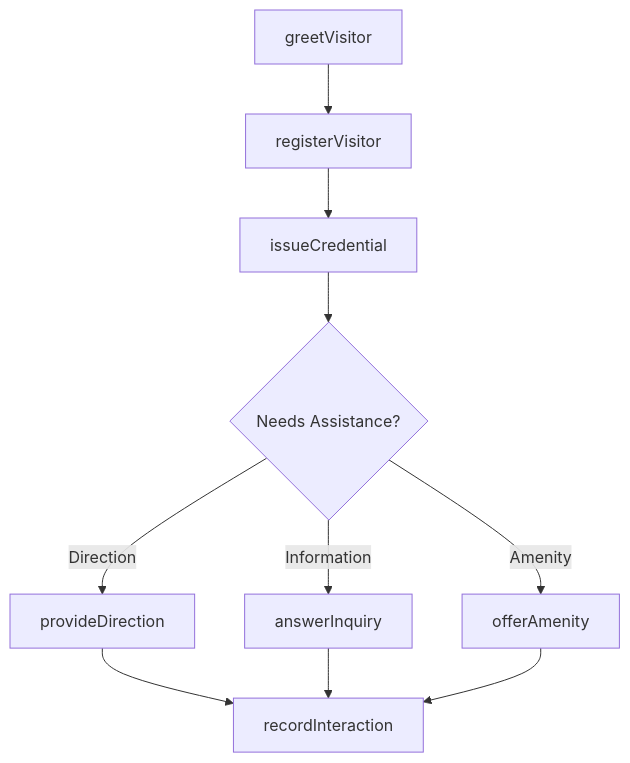
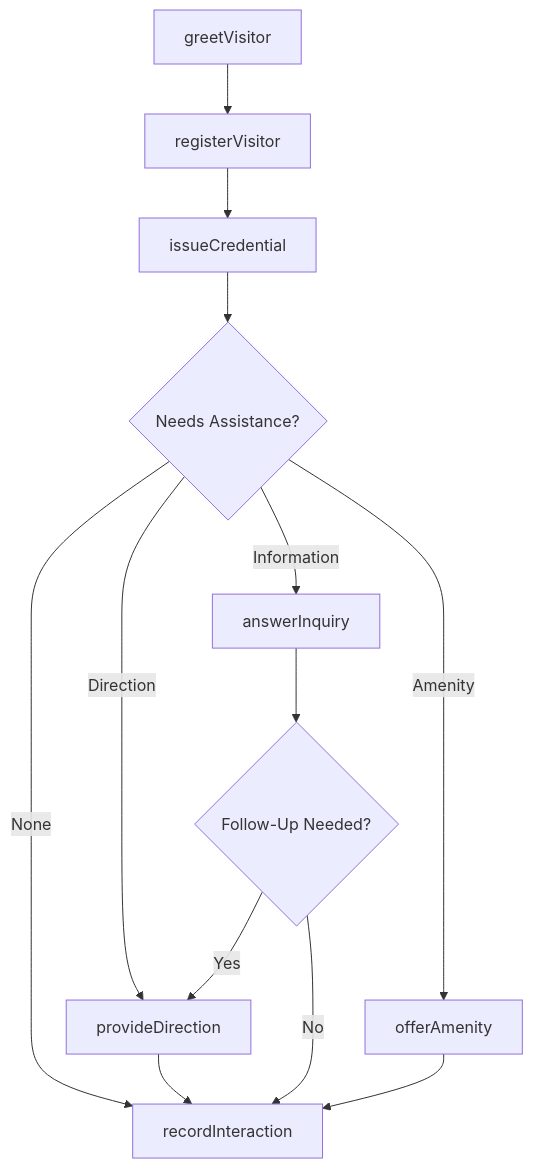
One commit to dot-org-ai/tasks.org.ai changed the third of 4 diagrams in CommunicatingWithPeopleOutsideTheOrganization/ProvideInformationToGuestsClientsOrCustomers/ProvideBasicInformationGuestsVisitors.mdx. Above: the diagram before and after it, drawn with Mermaid. The commit also changed other lines of this file and 504 other files, not shown here.

First line of the commit message:
feat: Add ER diagrams, state diagrams, and workflow improvements to 96 DWA task files

````diff
--- a/CommunicatingWithPeopleOutsideTheOrganization/ProvideInformationToGuestsClientsOrCustomers/ProvideBasicInformationGuestsVisitors.mdx
+++ b/CommunicatingWithPeopleOutsideTheOrganization/ProvideInformationToGuestsClientsOrCustomers/ProvideBasicInformationGuestsVisitors.mdx
@@ -87,12 +115,15 @@
 ```mermaid
 graph TD
     A[greetVisitor] --> B[registerVisitor]
     B --> C[issueCredential]
     C --> D{Needs Assistance?}
     D -->|Direction| E[provideDirection]
     D -->|Information| F[answerInquiry]
     D -->|Amenity| G[offerAmenity]
-    E --> H[recordInteraction]
-    F --> H
+    D -->|None| H[recordInteraction]
+    E --> H
+    F --> I{Follow-Up Needed?}
+    I -->|Yes| E
+    I -->|No| H
     G --> H
 ```
````
